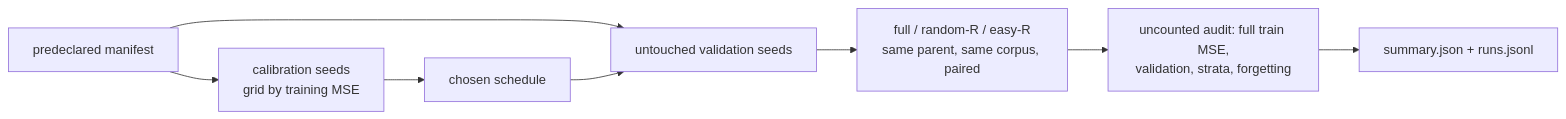
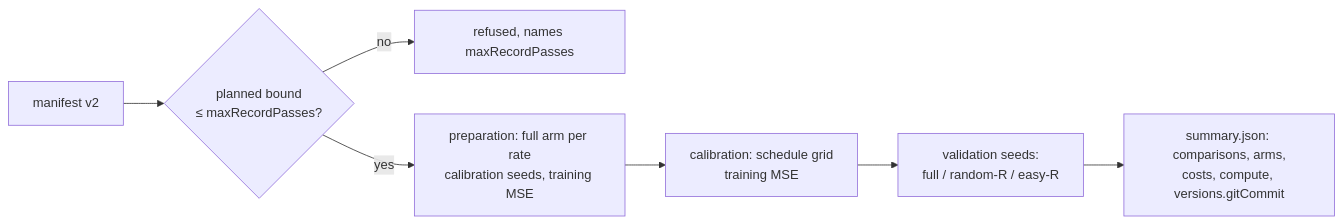
One commit to stSoftwareAU/NEAT-AI-Lamarck changed the diagram in docs/archive/pr-summaries/pr-summary-267.md. Above: the diagram before and after it, drawn with Mermaid. The commit also changed other lines of this file, not shown here.

First line of the commit message:
PR summary for the #267 record-skip follow-up

````diff
--- a/docs/archive/pr-summaries/pr-summary-267.md
+++ b/docs/archive/pr-summaries/pr-summary-267.md
@@ -147,10 +96,9 @@
 ```mermaid
 flowchart LR
-    M[predeclared manifest] --> C[calibration seeds<br/>grid by training MSE]
-    C --> S[chosen schedule]
-    M --> V[untouched validation seeds]
-    S --> V
-    V --> A[full / random-R / easy-R<br/>same parent, same corpus, paired]
-    A --> R[uncounted audit: full train MSE,<br/>validation, strata, forgetting]
-    R --> J[summary.json + runs.jsonl]
+    M[manifest v2] --> B{planned bound<br/>≤ maxRecordPasses?}
+    B -- no --> X[refused, names maxRecordPasses]
+    B -- yes --> P[preparation: full arm per rate<br/>calibration seeds, training MSE]
+    P --> C[calibration: schedule grid<br/>training MSE]
+    C --> V[validation seeds:<br/>full / random-R / easy-R]
+    V --> S[summary.json: comparisons, arms,<br/>costs, compute, versions.gitCommit]
 ```
````
